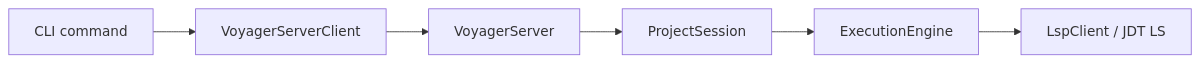
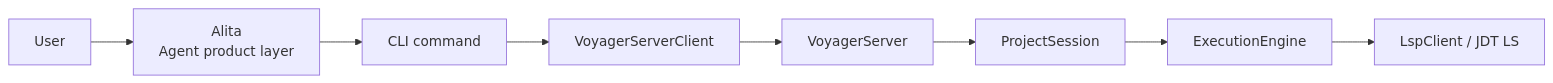
Before and after one commit to Dino-Stark/voyager: the diagram in designs/V1/Project Structure and Reading Guide.md, drawn with Mermaid. The commit also changed other lines of this file and 4 other files, not shown here.

Commit message:
Future work: The Alita Agent.

````diff
--- a/designs/V1/Project Structure and Reading Guide.md
+++ b/designs/V1/Project Structure and Reading Guide.md
@@ -31,11 +32,13 @@
 ```mermaid
 flowchart LR
+    user["User"]
+    alita["Alita<br/>Agent product layer"]
     cli["CLI command"]
     client["VoyagerServerClient"]
     server["VoyagerServer"]
     session["ProjectSession"]
     engine["ExecutionEngine"]
     lsp["LspClient / JDT LS"]
 
-    cli --> client --> server --> session --> engine --> lsp
+    user --> alita --> cli --> client --> server --> session --> engine --> lsp
 ```
````
